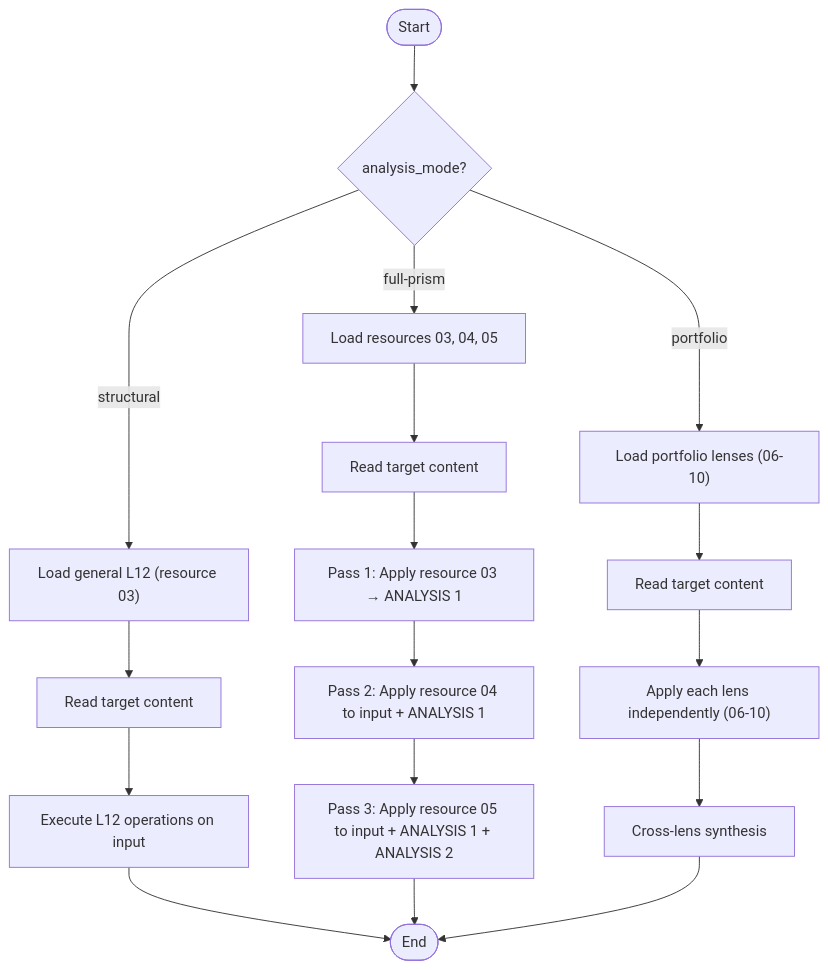
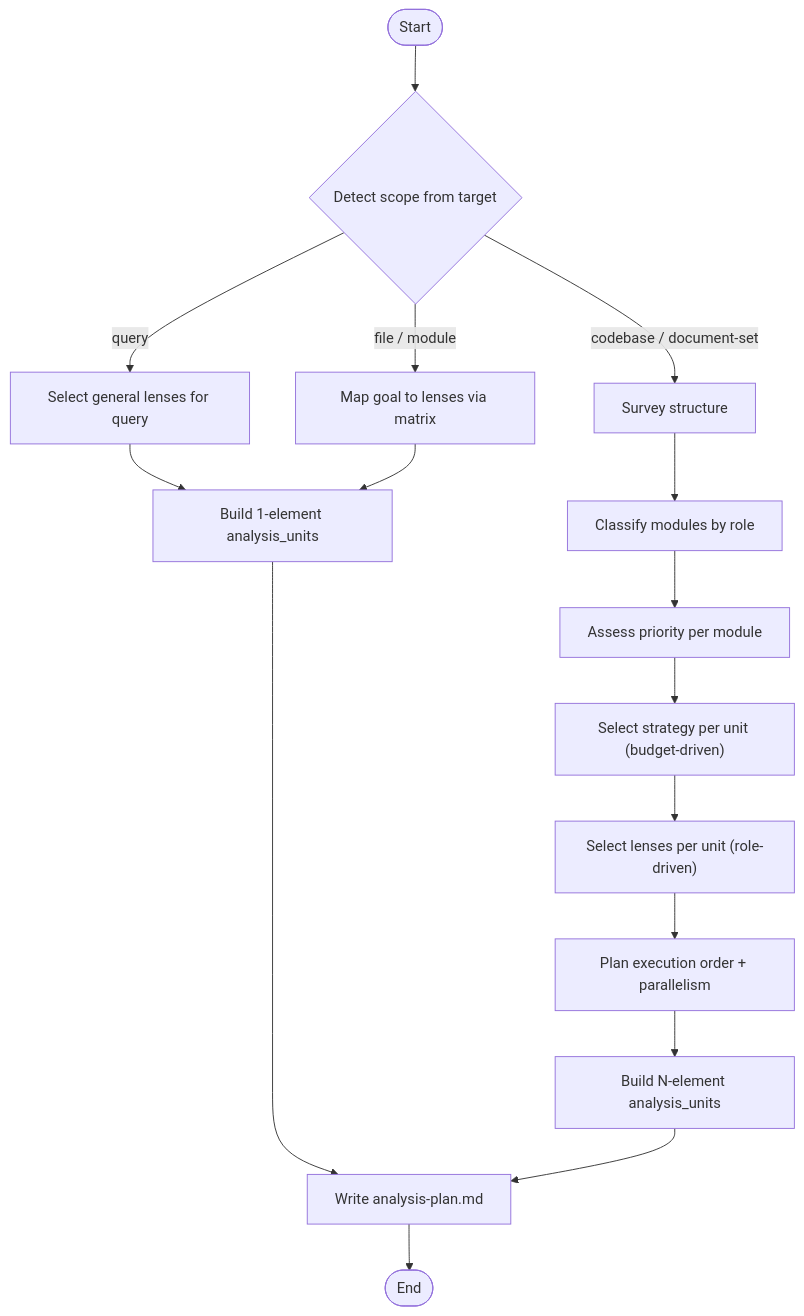
Before and after one commit to m2ux/workflow-server: the fourth of 5 diagrams in prism/skills/README.md, drawn with Mermaid. The commit also changed other lines of this file and 1 other file, not shown here.

First line of the commit message:
docs(prism): rewrite workflow and skills READMEs for current architecture

````diff
--- a/prism/skills/README.md
+++ b/prism/skills/README.md
@@ -143,22 +146,21 @@
 ```mermaid
 graph TD
-    startNode(["Start"]) --> determineMode{"analysis_mode?"}
-    determineMode -->|"structural"| loadGenL12["Load general L12 (resource 03)"]
-    determineMode -->|"full-prism"| loadGenPipeline["Load resources 03, 04, 05"]
-    determineMode -->|"portfolio"| loadPortfolio["Load portfolio lenses (06-10)"]
+    startNode(["Start"]) --> detectScope{"Detect scope from target"}
+    detectScope -->|"query"| queryRec["Select general lenses for query"]
+    detectScope -->|"file / module"| singleRec["Map goal to lenses via matrix"]
+    detectScope -->|"codebase / document-set"| survey["Survey structure"]
 
-    loadGenL12 --> readTarget["Read target content"]
-    readTarget --> execStructural["Execute L12 operations on input"]
-    execStructural --> endNode(["End"])
+    queryRec --> buildUnits["Build 1-element analysis_units"]
+    singleRec --> buildUnits
 
-    loadGenPipeline --> readTarget2["Read target content"]
-    readTarget2 --> pass1["Pass 1: Apply resource 03 → ANALYSIS 1"]
-    pass1 --> pass2["Pass 2: Apply resource 04 to input + ANALYSIS 1"]
-    pass2 --> pass3["Pass 3: Apply resource 05 to input + ANALYSIS 1 + ANALYSIS 2"]
-    pass3 --> endNode
+    survey --> classify["Classify modules by role"]
+    classify --> assessPriority["Assess priority per module"]
+    assessPriority --> selectStrategy["Select strategy per unit (budget-driven)"]
+    selectStrategy --> selectLenses["Select lenses per unit (role-driven)"]
+    selectLenses --> planExecution["Plan execution order + parallelism"]
+    planExecution --> buildMultiUnits["Build N-element analysis_units"]
 
-    loadPortfolio --> readTarget3["Read target content"]
-    readTarget3 --> execEach["Apply each lens independently (06-10)"]
-    execEach --> synthesize["Cross-lens synthesis"]
-    synthesize --> endNode
+    buildUnits --> writePlan["Write analysis-plan.md"]
+    buildMultiUnits --> writePlan
+    writePlan --> endNode(["End"])
 ```
````
